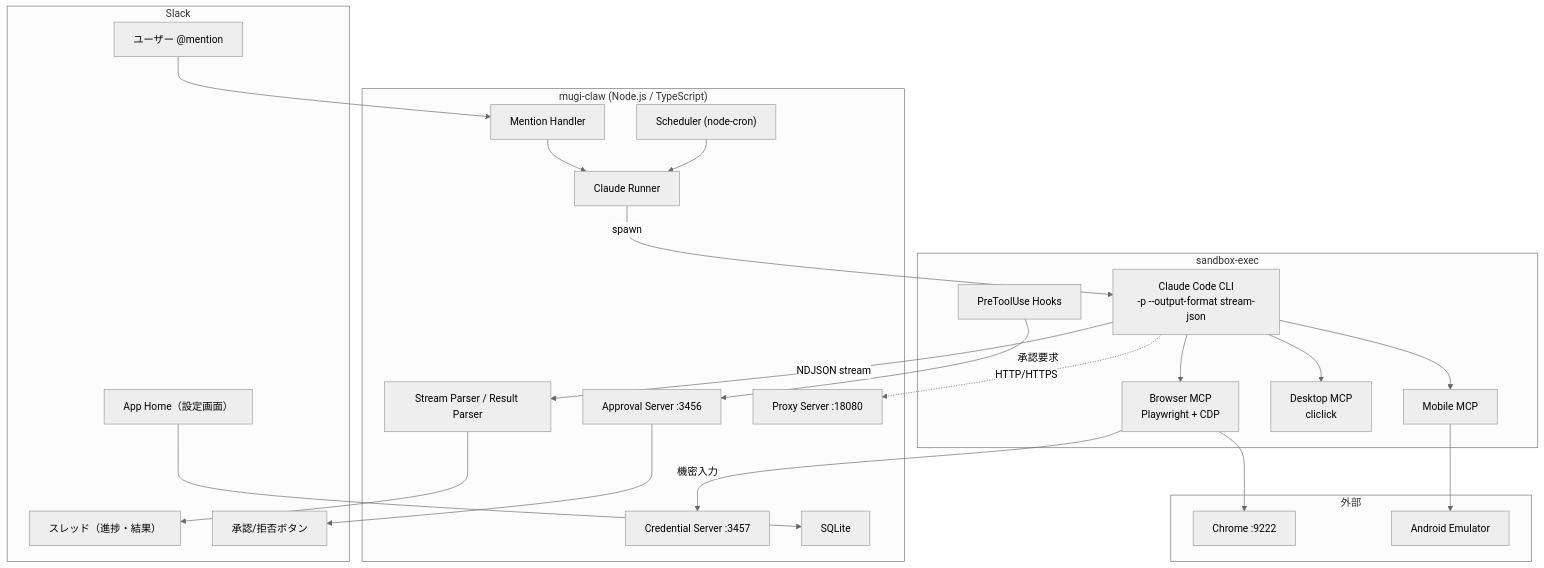
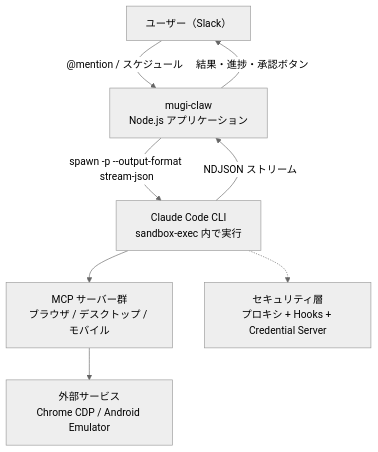
Before and after one commit to tubone24/blog: the first of 2 diagrams in src/content/blog/2026-03-27-mugi-claw-slack-personal-ai-agent.md, drawn with Mermaid (neutral theme). The commit also changed other lines of this file, not shown here.

````diff
--- a/src/content/blog/2026-03-27-mugi-claw-slack-personal-ai-agent.md
+++ b/src/content/blog/2026-03-27-mugi-claw-slack-personal-ai-agent.md
@@ -123,49 +143,16 @@
 ```mermaid
 flowchart TD
-    subgraph Slack["Slack"]
-        User["ユーザー @mention"]
-        Thread["スレッド（進捗・結果）"]
-        Approve["承認/拒否ボタン"]
-        Home["App Home（設定画面）"]
-    end
+    User["ユーザー（Slack）"]
+    App["mugi-claw<br/>Node.js アプリケーション"]
+    CLI["Claude Code CLI<br/>sandbox-exec 内で実行"]
+    MCP["MCP サーバー群<br/>ブラウザ / デスクトップ / モバイル"]
+    Ext["外部サービス<br/>Chrome CDP / Android Emulator"]
+    Security["セキュリティ層<br/>プロキシ + Hooks + Credential Server"]
 
-    subgraph App["mugi-claw (Node.js / TypeScript)"]
-        Handler["Mention Handler"]
-        Runner["Claude Runner"]
-        Parser["Stream Parser / Result Parser"]
-        Approval["Approval Server :3456"]
-        Cred["Credential Server :3457"]
-        Proxy["Proxy Server :18080"]
-        Sched["Scheduler (node-cron)"]
-        DB["SQLite"]
-    end
-
-    subgraph SB["sandbox-exec"]
-        CLI["Claude Code CLI\n-p --output-format stream-json"]
-        BrowserMCP["Browser MCP\nPlaywright + CDP"]
-        DesktopMCP["Desktop MCP\ncliclick"]
-        MobileMCP["Mobile MCP"]
-        Hooks["PreToolUse Hooks"]
-    end
-
-    subgraph Ext["外部"]
-        Chrome["Chrome :9222"]
-        Android["Android Emulator"]
-    end
-
-    User --> Handler
-    Handler --> Runner
-    Runner -->|spawn| CLI
-    CLI -->|NDJSON stream| Parser
-    Parser --> Thread
-
-    CLI --> BrowserMCP --> Chrome
-    CLI --> DesktopMCP
-    CLI --> MobileMCP --> Android
-    CLI -.->|HTTP/HTTPS| Proxy
-
-    Hooks -->|承認要求| Approval --> Approve
-    BrowserMCP -->|機密入力| Cred
-    Sched --> Runner
-    Home --> DB
+    User -->|"@mention / スケジュール"| App
+    App -->|"spawn -p --output-format stream-json"| CLI
+    CLI -->|"NDJSON ストリーム"| App
+    App -->|"結果・進捗・承認ボタン"| User
+    CLI --> MCP --> Ext
+    CLI -.-> Security
 ```
````
